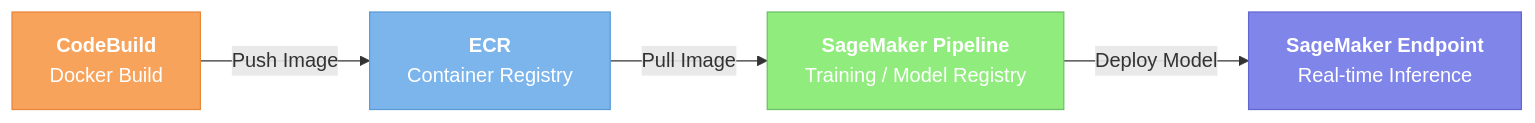
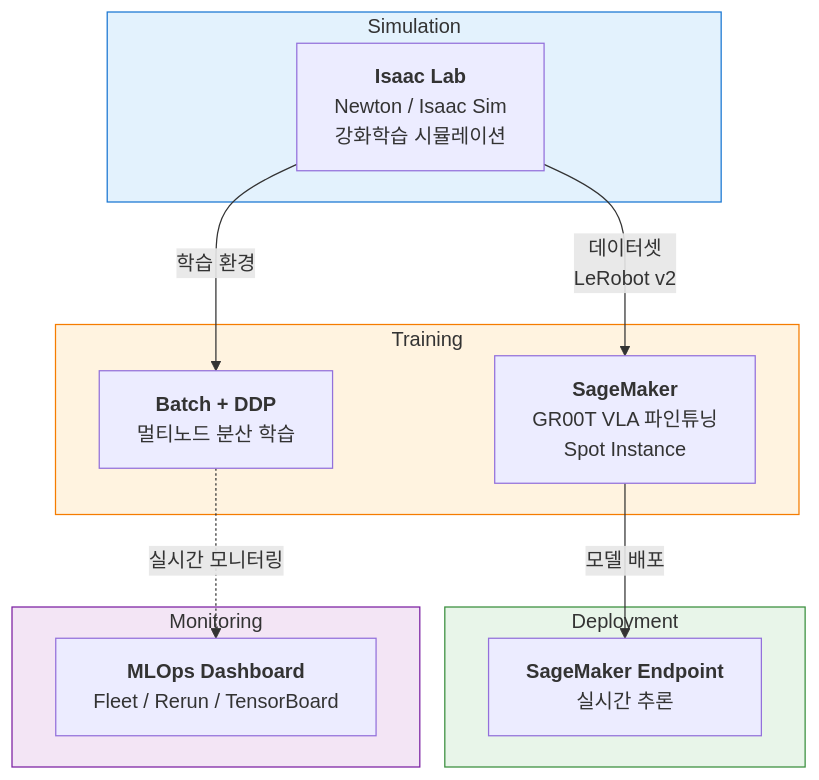
Before and after one commit to hi-space/aws-physical-ai-recipes: the diagram in README.md, drawn with Mermaid. The commit also changed other lines of this file and 109 other files, not shown here.

First line of the commit message:
refactor: reorganize repo into training/simulation/tools categories

````diff
--- a/README.md
+++ b/README.md
@@ -32,11 +46,29 @@
 ```mermaid
-graph LR
-    A["<b>CodeBuild</b><br/>Docker Build"] -->|Push Image| B["<b>ECR</b><br/>Container Registry"]
-    B -->|Pull Image| C["<b>SageMaker Pipeline</b><br/>Training / Model Registry"]
-    C -->|Deploy Model| D["<b>SageMaker Endpoint</b><br/>Real-time Inference"]
+graph TB
+    subgraph SIM ["Simulation"]
+        A["<b>Isaac Lab</b><br/>Newton / Isaac Sim<br/>강화학습 시뮬레이션"]
+    end
 
-    style A fill:#f7a35c,stroke:#e8873a,color:#fff
-    style B fill:#7cb5ec,stroke:#5a9bd5,color:#fff
-    style C fill:#90ed7d,stroke:#6dbf67,color:#fff
-    style D fill:#8085e9,stroke:#6366d1,color:#fff
+    subgraph TRAIN ["Training"]
+        B["<b>SageMaker</b><br/>GR00T VLA 파인튜닝<br/>Spot Instance"]
+        C["<b>Batch + DDP</b><br/>멀티노드 분산 학습"]
+    end
+
+    subgraph DEPLOY ["Deployment"]
+        D["<b>SageMaker Endpoint</b><br/>실시간 추론"]
+    end
+
+    subgraph MONITOR ["Monitoring"]
+        E["<b>MLOps Dashboard</b><br/>Fleet / Rerun / TensorBoard"]
+    end
+
+    A -->|"데이터셋<br/>LeRobot v2"| B
+    A -->|"학습 환경"| C
+    B -->|"모델 배포"| D
+    C -.->|"실시간 모니터링"| E
+
+    style SIM fill:#e3f2fd,stroke:#1976d2,color:#333
+    style TRAIN fill:#fff3e0,stroke:#f57c00,color:#333
+    style DEPLOY fill:#e8f5e9,stroke:#388e3c,color:#333
+    style MONITOR fill:#f3e5f5,stroke:#7b1fa2,color:#333
 ```
````
